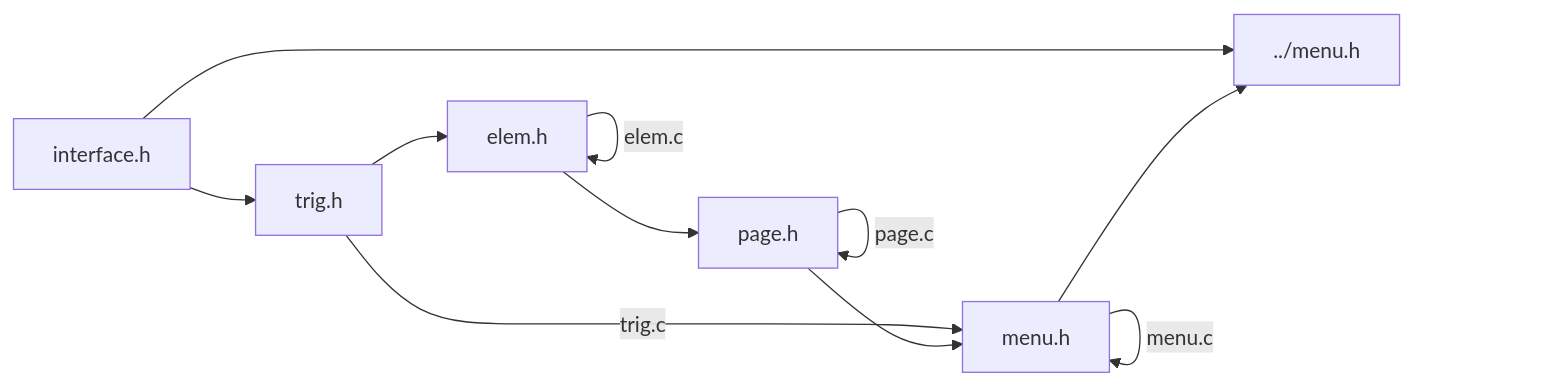
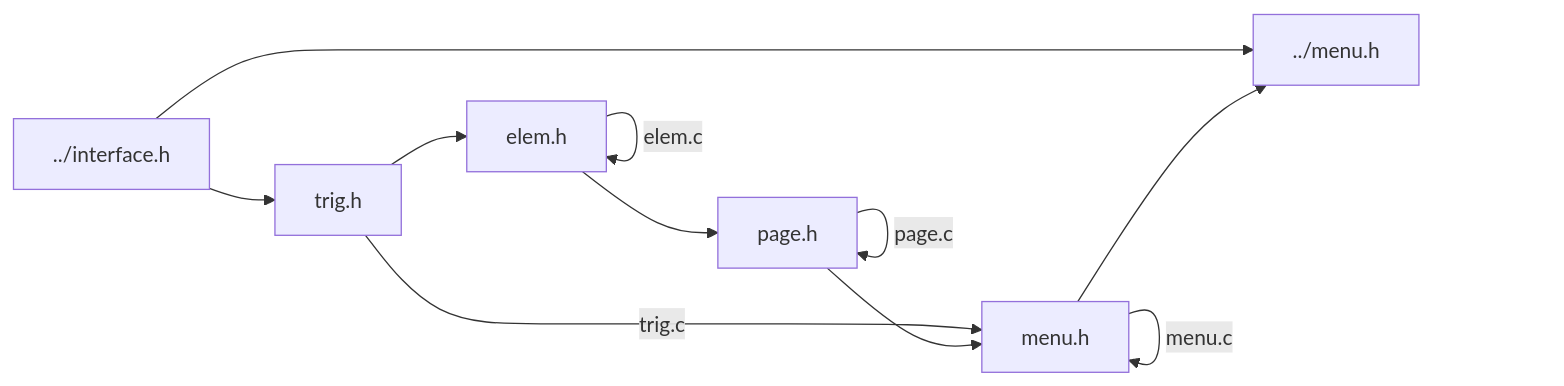
The first of 2 diagrams in src/jasmin/menu/README.md (ShilianShen/Jasmin), drawn with Mermaid before and after one commit. The commit also changed other lines of this file and 2 other files, not shown here.

````diff
--- a/src/jasmin/menu/README.md
+++ b/src/jasmin/menu/README.md
@@ -3,9 +3,9 @@
 ```mermaid
 graph LR
-    interface.h --> trig.h --> elem.h --> page.h --> menu.h --> ../menu.h
+    ../interface.h --> trig.h --> elem.h --> page.h --> menu.h --> ../menu.h
     trig.h -- trig.c --> menu.h
     elem.h -- elem.c --> elem.h
     page.h -- page.c --> page.h
     menu.h -- menu.c --> menu.h
-    interface.h --> ../menu.h
+    ../interface.h --> ../menu.h
 ```
````
